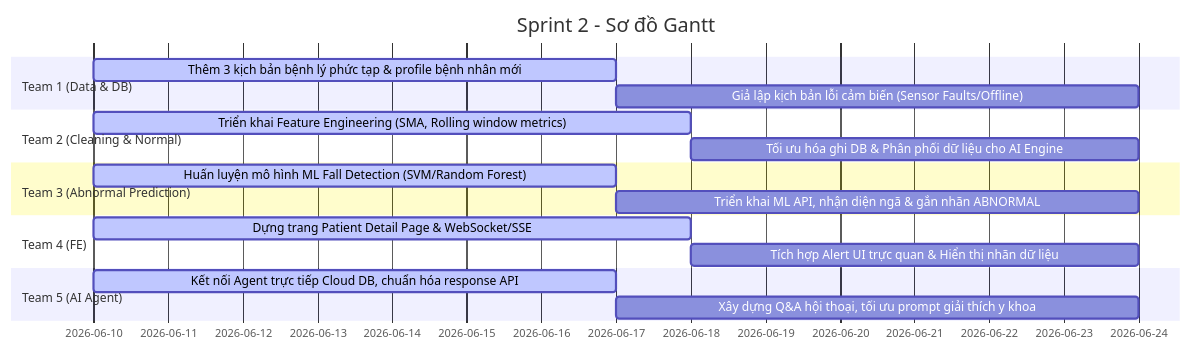
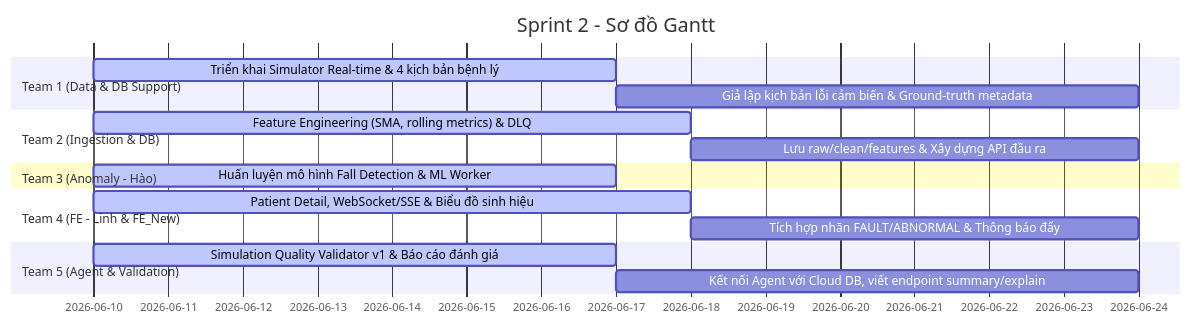
One commit to linhhtunn/Dashboard changed the third of 4 diagrams in docs/project_sprint_plan_final.md. Above: the diagram before and after it, drawn with Mermaid. The commit also changed other lines of this file and 1 other file, not shown here.

````diff
--- a/docs/project_sprint_plan_final.md
+++ b/docs/project_sprint_plan_final.md
@@ -156,20 +194,19 @@
 ```mermaid
 gantt
     title Sprint 2 - Sơ đồ Gantt
     dateFormat  YYYY-MM-DD
-    section Team 1 (Data & DB)
-    Thêm 3 kịch bản bệnh lý phức tạp & profile bệnh nhân mới      :active, 2026-06-10, 7d
-    Giả lập kịch bản lỗi cảm biến (Sensor Faults/Offline)      : 7d
-    section Team 2 (Cleaning & Normal)
-    Triển khai Feature Engineering (SMA, Rolling window metrics) :active, 2026-06-10, 8d
-    Tối ưu hóa ghi DB & Phân phối dữ liệu cho AI Engine        : 6d
-    section Team 3 (Abnormal Prediction)
-    Huấn luyện mô hình ML Fall Detection (SVM/Random Forest)   :active, 2026-06-10, 7d
-    Triển khai ML API, nhận diện ngã & gắn nhãn ABNORMAL       : 7d
-    section Team 4 (FE)
-    Dựng trang Patient Detail Page & WebSocket/SSE               :active, 2026-06-10, 8d
-    Tích hợp Alert UI trực quan & Hiển thị nhãn dữ liệu        : 6d
-    section Team 5 (AI Agent)
-    Kết nối Agent trực tiếp Cloud DB, chuẩn hóa response API  :active, 2026-06-10, 7d
-    Xây dựng Q&A hội thoại, tối ưu prompt giải thích y khoa    : 7d
+    section Team 1 (Data & DB Support)
+    Triển khai Simulator Real-time & 4 kịch bản bệnh lý        :active, 2026-06-10, 7d
+    Giả lập kịch bản lỗi cảm biến & Ground-truth metadata       : 7d
+    section Team 2 (Ingestion & DB)
+    Feature Engineering (SMA, rolling metrics) & DLQ           :active, 2026-06-10, 8d
+    Lưu raw/clean/features & Xây dựng API đầu ra               : 6d
+    section Team 3 (Anomaly - Hào)
+    Huấn luyện mô hình Fall Detection & ML Worker              :active, 2026-06-10, 7d
+    section Team 4 (FE - Linh & FE_New)
+    Patient Detail, WebSocket/SSE & Biểu đồ sinh hiệu          :active, 2026-06-10, 8d
+    Tích hợp nhãn FAULT/ABNORMAL & Thông báo đẩy               : 6d
+    section Team 5 (Agent & Validation)
+    Simulation Quality Validator v1 & Báo cáo đánh giá         :active, 2026-06-10, 7d
+    Kết nối Agent với Cloud DB, viết endpoint summary/explain  : 7d
 ```
````
